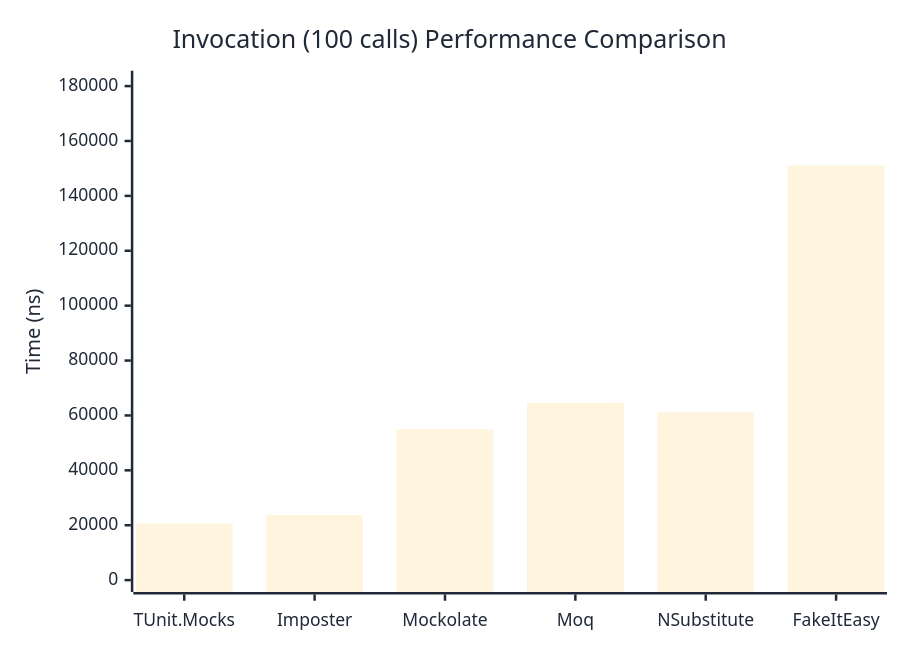
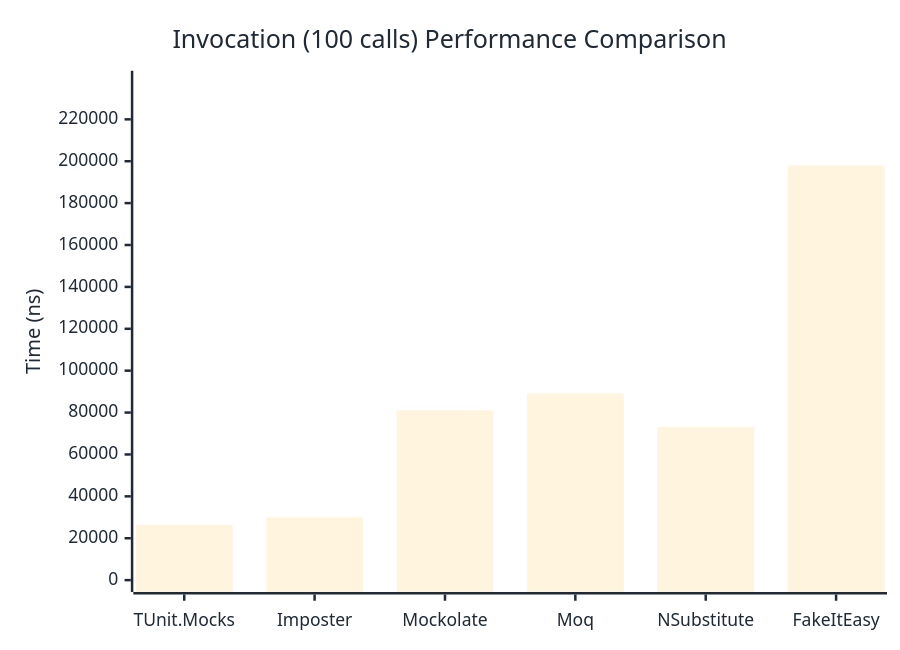
The third of 3 diagrams in docs/docs/benchmarks/mocks/Invocation.md (thomhurst/TUnit), drawn with Mermaid before and after one commit. The commit also changed other lines of this file and 14 other files, not shown here.

````diff
--- a/docs/docs/benchmarks/mocks/Invocation.md
+++ b/docs/docs/benchmarks/mocks/Invocation.md
@@ -110,27 +110,27 @@
 ```mermaid
 %%{init: {
   'theme':'base',
   'themeVariables': {
     'primaryColor': '#2563eb',
     'primaryTextColor': '#1f2937',
     'primaryBorderColor': '#1e40af',
     'lineColor': '#6b7280',
     'secondaryColor': '#7c3aed',
     'tertiaryColor': '#dc2626',
     'background': '#ffffff',
     'pie1': '#2563eb',
     'pie2': '#7c3aed',
     'pie3': '#dc2626',
     'pie4': '#f59e0b',
     'pie5': '#10b981',
     'pie6': '#06b6d4',
     'pie7': '#ec4899',
     'pie8': '#6366f1'
   }
 }}%%
 xychart-beta
   title "Invocation (100 calls) Performance Comparison"
   x-axis ["TUnit.Mocks", "Imposter", "Mockolate", "Moq", "NSubstitute", "FakeItEasy"]
-  y-axis "Time (ns)" 0 --> 181263
-  bar [20654.3, 23684.3, 55071.4, 64592.3, 61095.9, 151051.9]
+  y-axis "Time (ns)" 0 --> 237528
+  bar [26346.6, 30049.5, 81052.1, 89027.3, 73063, 197939.6]
 ```
````
